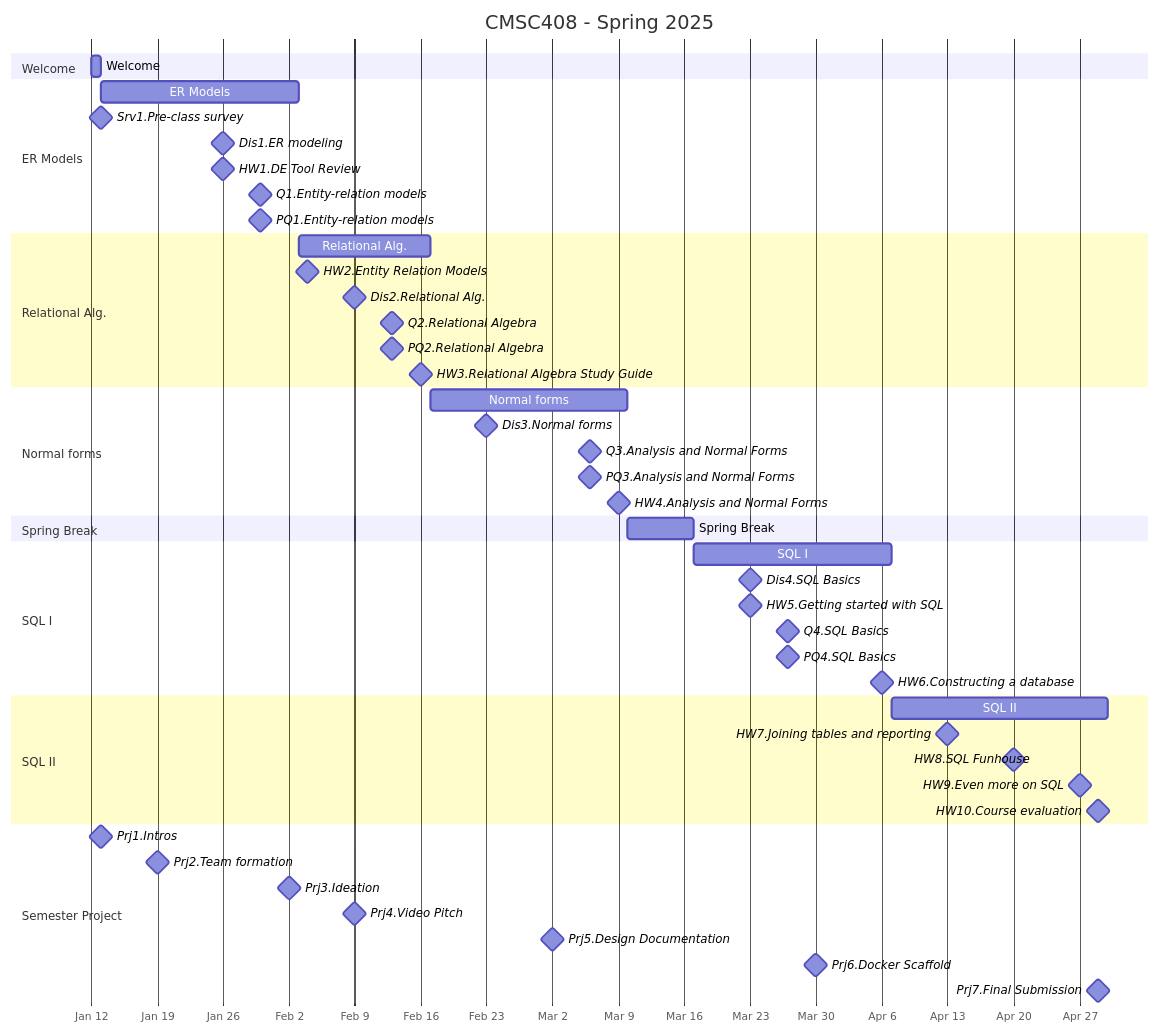
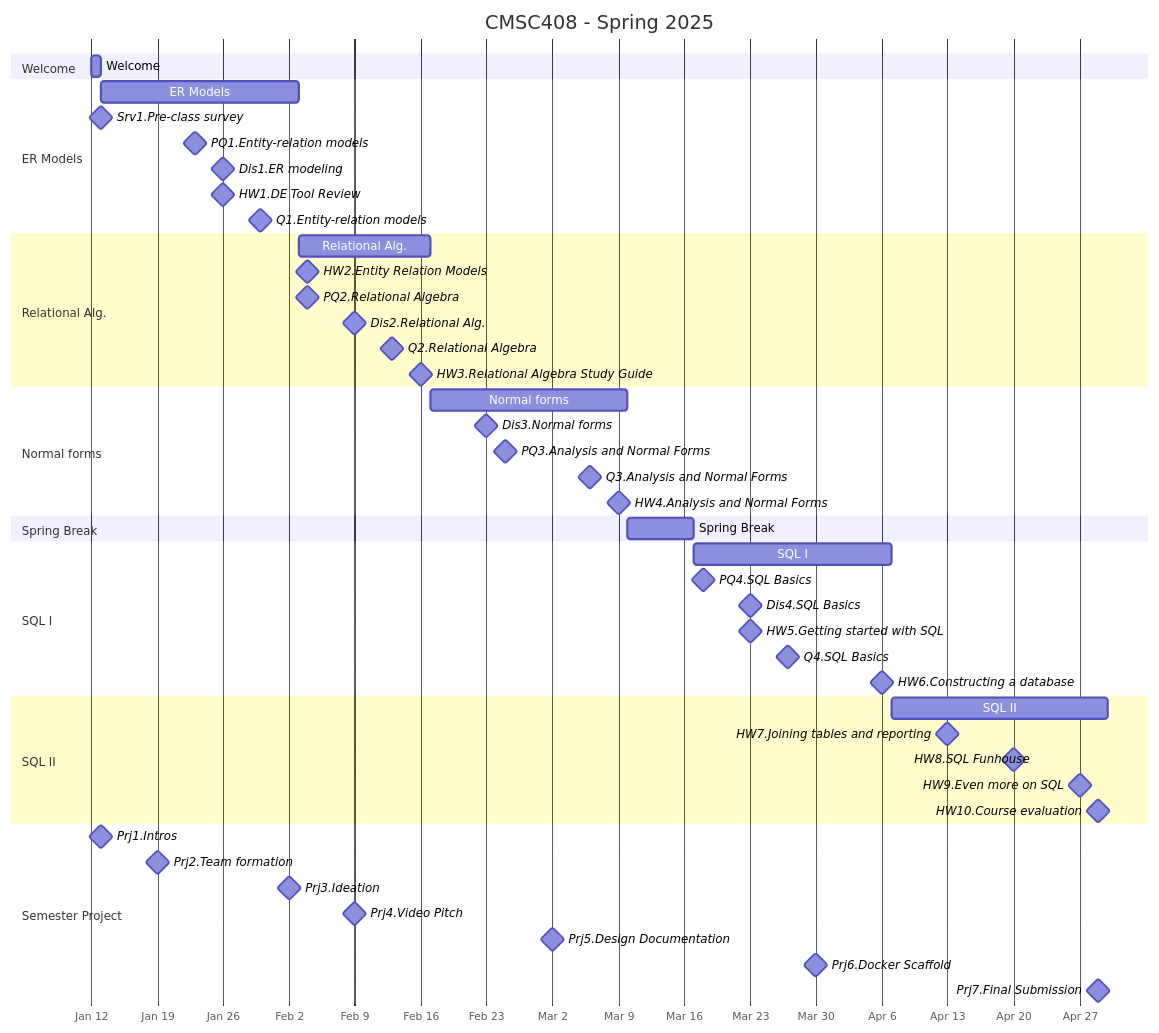
Before and after one commit to lowkeylabs/cmsc408-course-admin: the diagram in sp2025/gantts/detailed-gantt.mmd, drawn with Mermaid. The commit also changed 1 other file, not shown here.

Commit message:
updated detailed gantt

```diff
--- a/sp2025/gantts/detailed-gantt.mmd
+++ b/sp2025/gantts/detailed-gantt.mmd
@@ -1,58 +1,58 @@
 gantt
     title CMSC408 - Spring 2025
     dateFormat YYYY-MM-DD
     axisFormat %b %e
     todayMarker stroke-width:7px,stroke:#FFB300,opacity:0.5
 
     section Welcome
     Welcome : m0, 2025-01-12, 2025-01-13
 
     section ER Models
     ER Models : m1, 2025-01-13, 2025-02-03
     Srv1.Pre-class survey : milestone, 2025-01-13, 0d
+    PQ1.Entity-relation models : milestone, 2025-01-23, 0d
     Dis1.ER modeling : milestone, 2025-01-26, 0d
     HW1.DE Tool Review : milestone, 2025-01-26, 0d
     Q1.Entity-relation models : milestone, 2025-01-30, 0d
-    PQ1.Entity-relation models : milestone, 2025-01-30, 0d
 
     section Relational Alg.
     Relational Alg. : m2, 2025-02-03, 2025-02-17
     HW2.Entity Relation Models : milestone, 2025-02-04, 0d
+    PQ2.Relational Algebra : milestone, 2025-02-04, 0d
     Dis2.Relational Alg. : milestone, 2025-02-09, 0d
     Q2.Relational Algebra : milestone, 2025-02-13, 0d
-    PQ2.Relational Algebra : milestone, 2025-02-13, 0d
     HW3.Relational Algebra Study Guide : milestone, 2025-02-16, 0d
 
     section Normal forms
     Normal forms : m3, 2025-02-17, 2025-03-10
     Dis3.Normal forms : milestone, 2025-02-23, 0d
+    PQ3.Analysis and Normal Forms : milestone, 2025-02-25, 0d
     Q3.Analysis and Normal Forms : milestone, 2025-03-06, 0d
-    PQ3.Analysis and Normal Forms : milestone, 2025-03-06, 0d
     HW4.Analysis and Normal Forms : milestone, 2025-03-09, 0d
 
     section Spring Break
     Spring Break : m4, 2025-03-10, 2025-03-17
 
     section SQL I
     SQL I : m5, 2025-03-17, 2025-04-07
+    PQ4.SQL Basics : milestone, 2025-03-18, 0d
     Dis4.SQL Basics : milestone, 2025-03-23, 0d
     HW5.Getting started with SQL : milestone, 2025-03-23, 0d
     Q4.SQL Basics : milestone, 2025-03-27, 0d
-    PQ4.SQL Basics : milestone, 2025-03-27, 0d
     HW6.Constructing a database : milestone, 2025-04-06, 0d
 
     section SQL II
     SQL II : m6, 2025-04-07, 2025-04-30
     HW7.Joining tables and reporting : milestone, 2025-04-13, 0d
     HW8.SQL Funhouse : milestone, 2025-04-20, 0d
     HW9.Even more on SQL : milestone, 2025-04-27, 0d
     HW10.Course evaluation : milestone, 2025-04-29, 0d
 
     section Semester Project
     Prj1.Intros : milestone, 2025-01-13, 0d
     Prj2.Team formation : milestone, 2025-01-19, 0d
     Prj3.Ideation : milestone, 2025-02-02, 0d
     Prj4.Video Pitch : milestone, 2025-02-09, 0d
     Prj5.Design Documentation : milestone, 2025-03-02, 0d
     Prj6.Docker Scaffold : milestone, 2025-03-30, 0d
     Prj7.Final Submission : milestone, 2025-04-29, 0d
```
